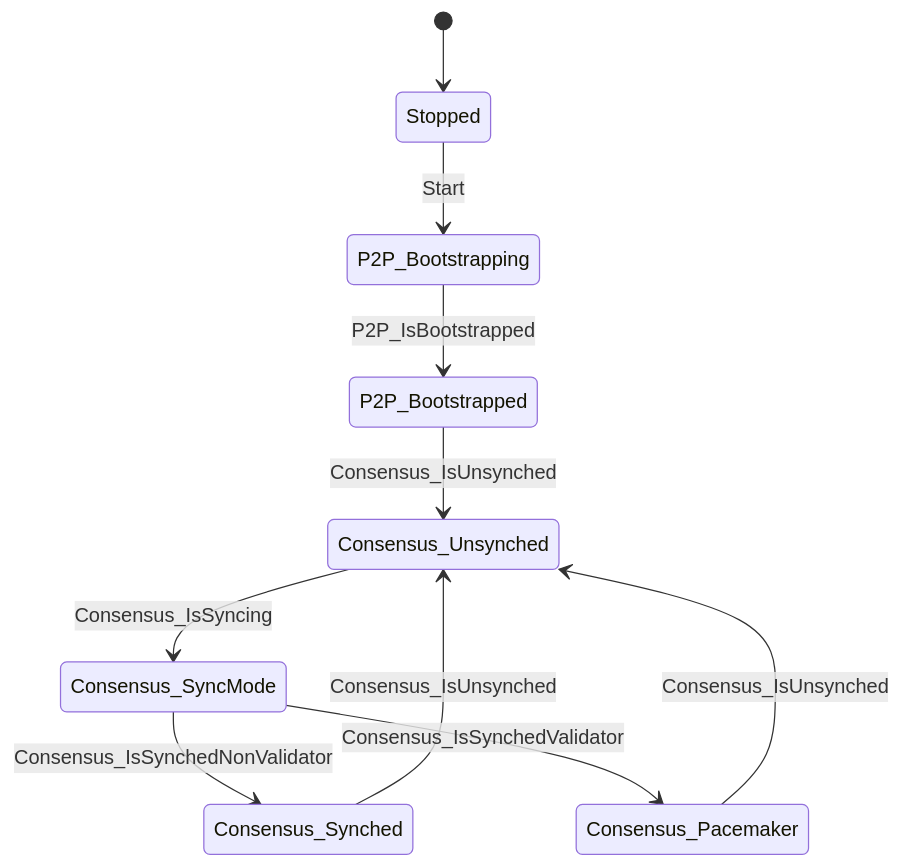
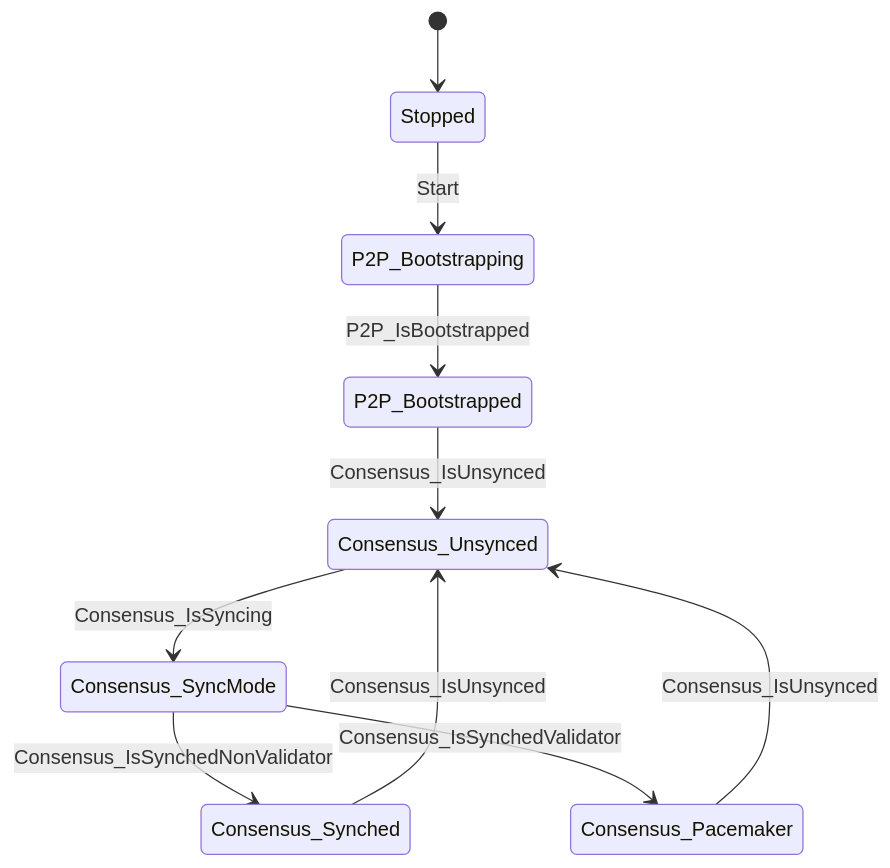
The diagram in state_machine/docs/state-machine.diagram.md (pokt-network/pocket), drawn with Mermaid before and after one commit. The commit also changed 10 other files, not shown here.

Commit message:
Typo from Unsynched to unsynced

````diff
--- a/state_machine/docs/state-machine.diagram.md
+++ b/state_machine/docs/state-machine.diagram.md
@@ -5,12 +5,12 @@
 ```mermaid
 stateDiagram-v2
     [*] --> Stopped
-    Consensus_Pacemaker --> Consensus_Unsynched: Consensus_IsUnsynched
+    Consensus_Pacemaker --> Consensus_Unsynced: Consensus_IsUnsynced
     Consensus_SyncMode --> Consensus_Synched: Consensus_IsSynchedNonValidator
     Consensus_SyncMode --> Consensus_Pacemaker: Consensus_IsSynchedValidator
-    Consensus_Synched --> Consensus_Unsynched: Consensus_IsUnsynched
-    Consensus_Unsynched --> Consensus_SyncMode: Consensus_IsSyncing
-    P2P_Bootstrapped --> Consensus_Unsynched: Consensus_IsUnsynched
+    Consensus_Synched --> Consensus_Unsynced: Consensus_IsUnsynced
+    Consensus_Unsynced --> Consensus_SyncMode: Consensus_IsSyncing
+    P2P_Bootstrapped --> Consensus_Unsynced: Consensus_IsUnsynced
     P2P_Bootstrapping --> P2P_Bootstrapped: P2P_IsBootstrapped
     Stopped --> P2P_Bootstrapping: Start
 ```
````
